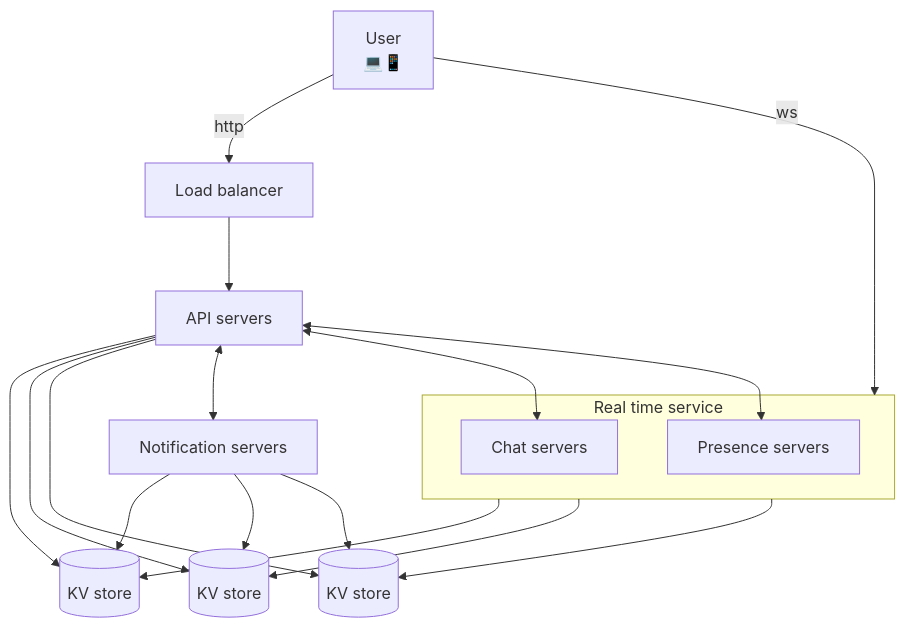
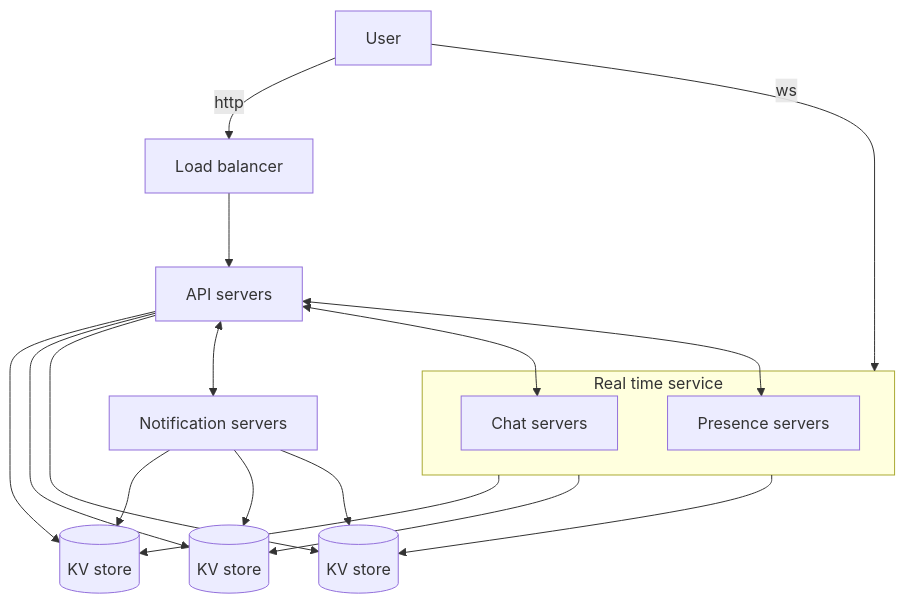
The eighth of 18 diagrams in 1.ChatApp.md (NalinDalal/system-design), drawn with Mermaid before and after one commit. The commit also changed other lines of this file, not shown here.

````diff
--- a/1.ChatApp.md
+++ b/1.ChatApp.md
@@ -200,33 +192,33 @@
 ```mermaid
 flowchart TB
-    U[User\n💻📱]
+    U[User]
 
     %% Entry
     U -->|http| LB[Load balancer]
     U -->|ws| RTS[Real time service]
 
     %% Real-time service split
     subgraph RTS[Real time service]
         CS[Chat servers]
         PS[Presence servers]
     end
     RTS --> KV1[(KV store)]
     RTS --> KV2[(KV store)]
     RTS --> KV3[(KV store)]
 
     %% API servers
     LB --> API[API servers]
     API --> KV1
     API --> KV2
     API --> KV3
 
     %% Notification servers
     API <--> NS[Notification servers]
     NS --> KV1
     NS --> KV2
     NS --> KV3
 
     %% Internal links
     API <--> CS
     API <--> PS
 ```
````
